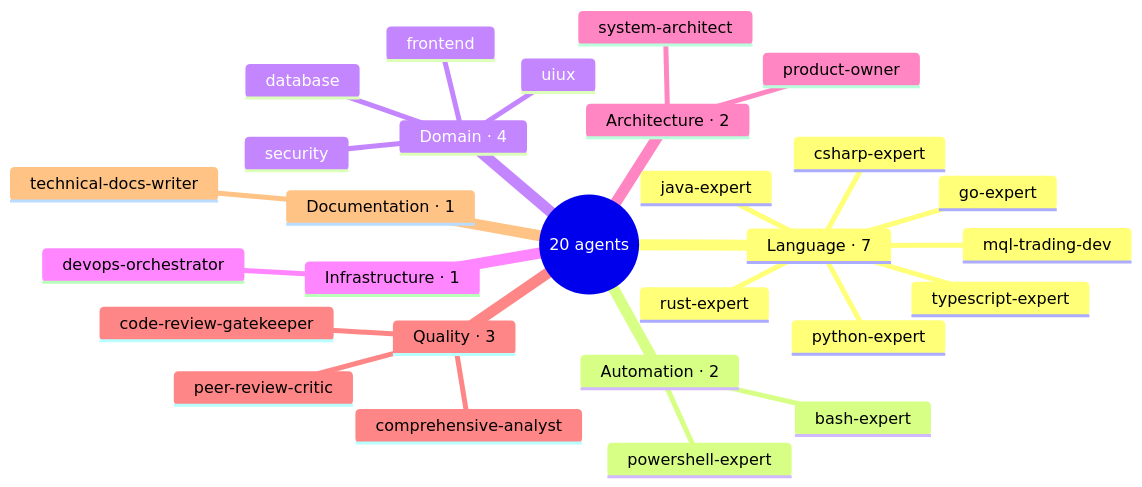
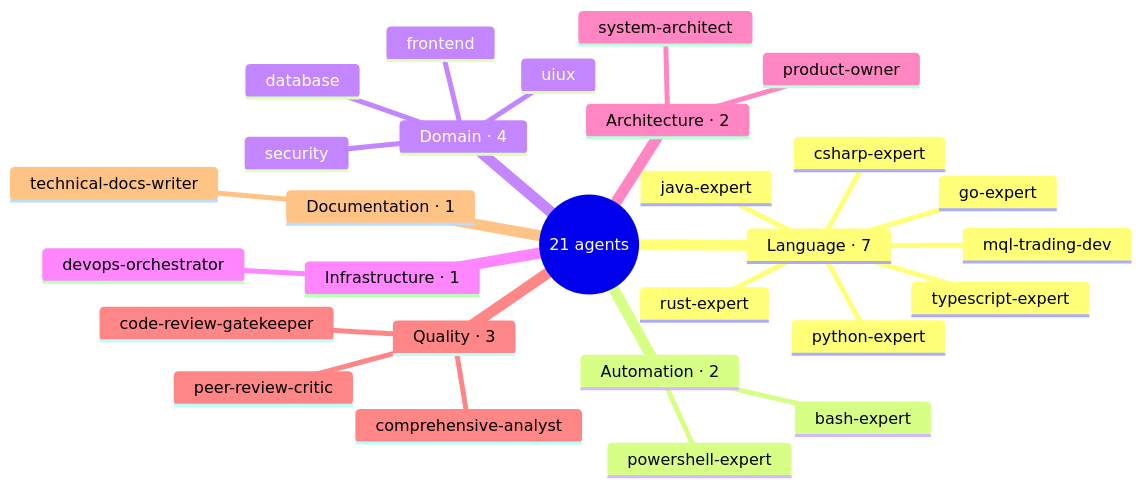
One commit to tomas-rampas/claude-agentic-framework changed the fifth of 9 diagrams in docs/team-presentation.md. Above: the diagram before and after it, drawn with Mermaid. The commit also changed other lines of this file and 8 other files, not shown here.

````diff
--- a/docs/team-presentation.md
+++ b/docs/team-presentation.md
@@ -115,31 +115,31 @@
 ```mermaid
 mindmap
-  root((20 agents))
+  root((21 agents))
     Language · 7
       rust-expert
       csharp-expert
       go-expert
       java-expert
       python-expert
       typescript-expert
       mql-trading-dev
     Automation · 2
       bash-expert
       powershell-expert
     Domain · 4
       database
       frontend
       security
       uiux
     Infrastructure · 1
       devops-orchestrator
     Architecture · 2
       system-architect
       product-owner
     Quality · 3
       comprehensive-analyst
       code-review-gatekeeper
       peer-review-critic
     Documentation · 1
       technical-docs-writer
 ```
````
